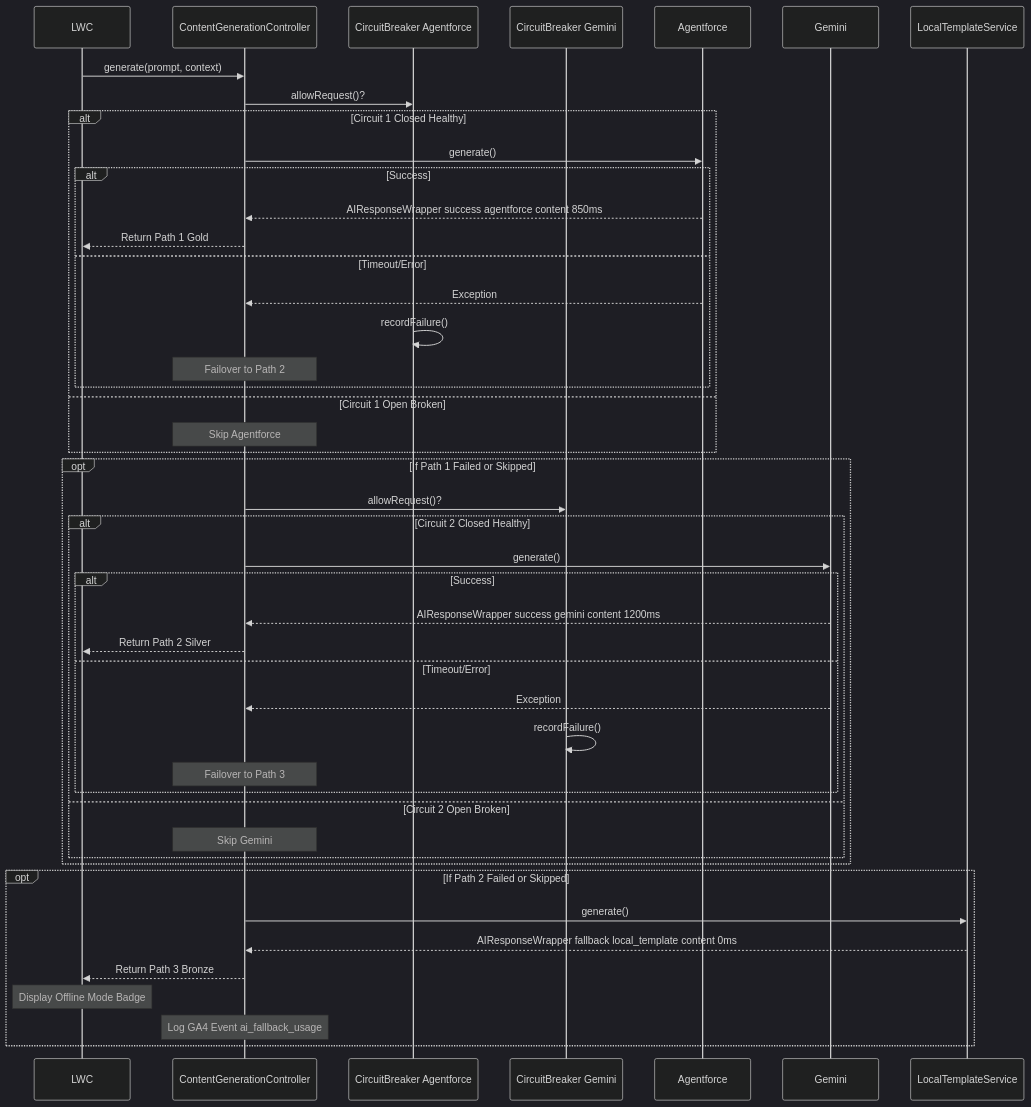
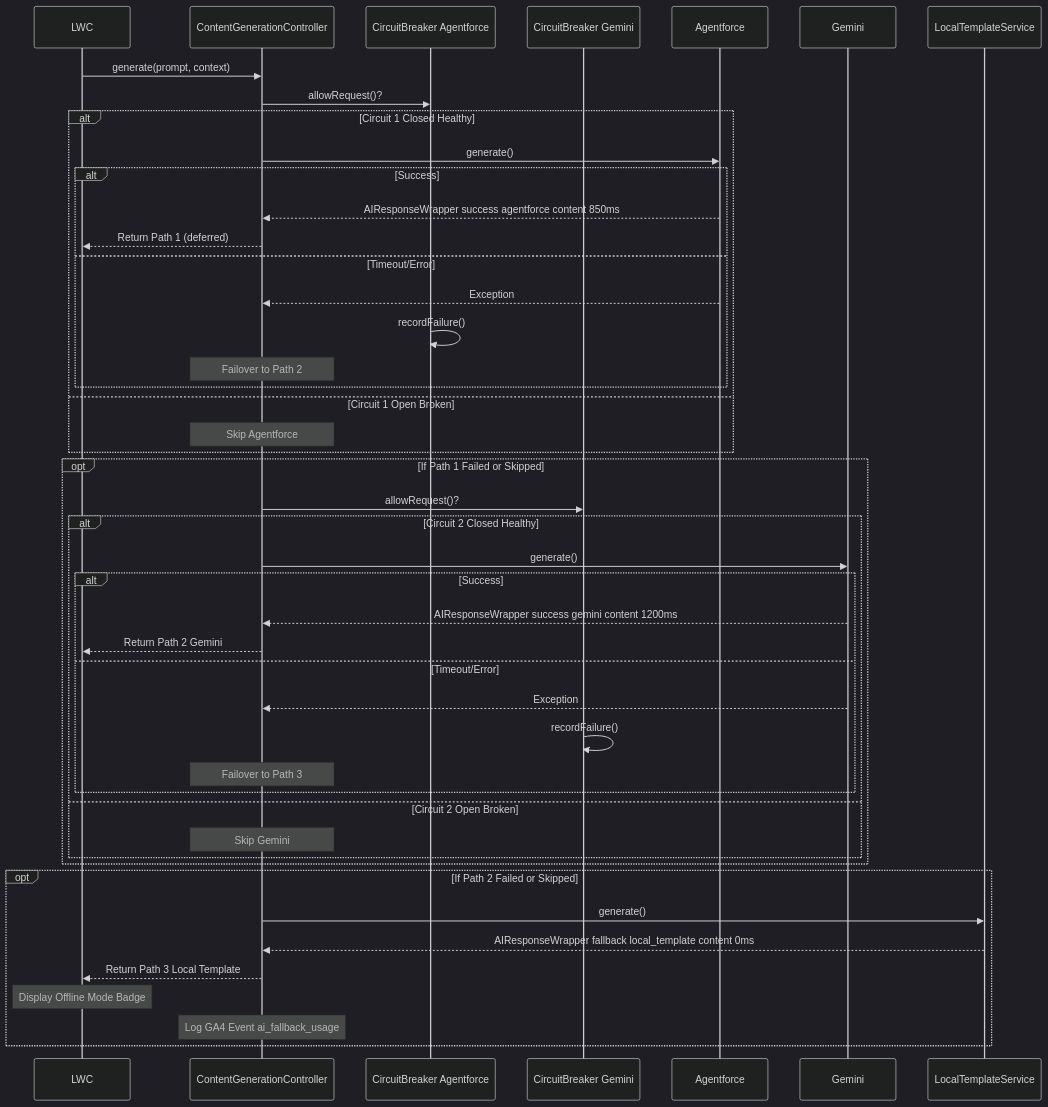
Before and after one commit to rdbumstead/salesforce-platform-architect-portfolio: the fourth of 5 diagrams in docs/guides/03-SAS.md, drawn with Mermaid (dark theme). The commit also changed other lines of this file and 2 other files, not shown here.

First line of the commit message:
docs(guides): deployment prerequisites, credential names and evaluator flow

````diff
--- a/docs/guides/03-SAS.md
+++ b/docs/guides/03-SAS.md
@@ -382,52 +385,52 @@
 ```mermaid
 sequenceDiagram
     participant UI as LWC
     participant Dispatcher as ContentGenerationController
     participant CB1 as CircuitBreaker Agentforce
     participant CB2 as CircuitBreaker Gemini
     participant Agentforce
     participant Gemini
     participant Local as LocalTemplateService
 
     UI->>Dispatcher: generate(prompt, context)
     Dispatcher->>CB1: allowRequest()?
 
     alt Circuit 1 Closed Healthy
         Dispatcher->>Agentforce: generate()
         alt Success
             Agentforce-->>Dispatcher: AIResponseWrapper success agentforce content 850ms
-            Dispatcher-->>UI: Return Path 1 Gold
+            Dispatcher-->>UI: Return Path 1 (deferred)
         else Timeout/Error
             Agentforce-->>Dispatcher: Exception
             CB1->>CB1: recordFailure()
             Note over Dispatcher: Failover to Path 2
         end
     else Circuit 1 Open Broken
         Note over Dispatcher: Skip Agentforce
     end
 
     opt If Path 1 Failed or Skipped
         Dispatcher->>CB2: allowRequest()?
         alt Circuit 2 Closed Healthy
             Dispatcher->>Gemini: generate()
             alt Success
                 Gemini-->>Dispatcher: AIResponseWrapper success gemini content 1200ms
-                Dispatcher-->>UI: Return Path 2 Silver
+                Dispatcher-->>UI: Return Path 2 Gemini
             else Timeout/Error
                 Gemini-->>Dispatcher: Exception
                 CB2->>CB2: recordFailure()
                 Note over Dispatcher: Failover to Path 3
             end
         else Circuit 2 Open Broken
             Note over Dispatcher: Skip Gemini
         end
     end
 
     opt If Path 2 Failed or Skipped
         Dispatcher->>Local: generate()
         Local-->>Dispatcher: AIResponseWrapper fallback local_template content 0ms
-        Dispatcher-->>UI: Return Path 3 Bronze
+        Dispatcher-->>UI: Return Path 3 Local Template
         Note over UI: Display Offline Mode Badge
         Note over Dispatcher: Log GA4 Event ai_fallback_usage
     end
 ```
````
